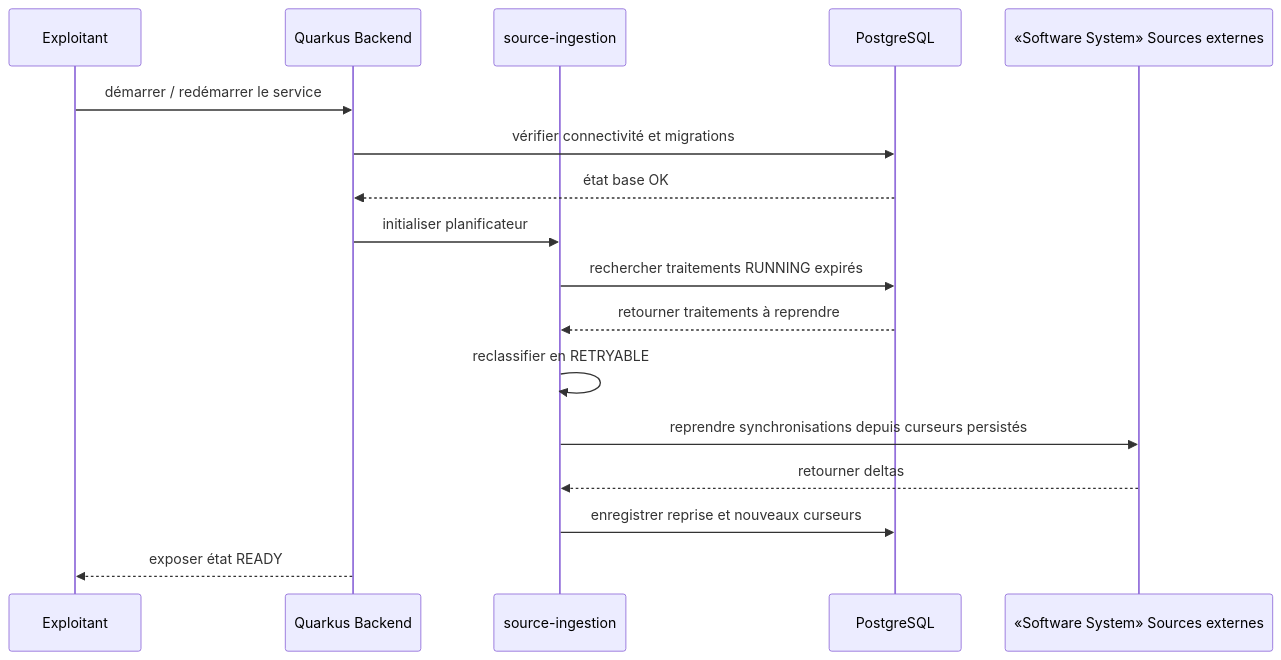
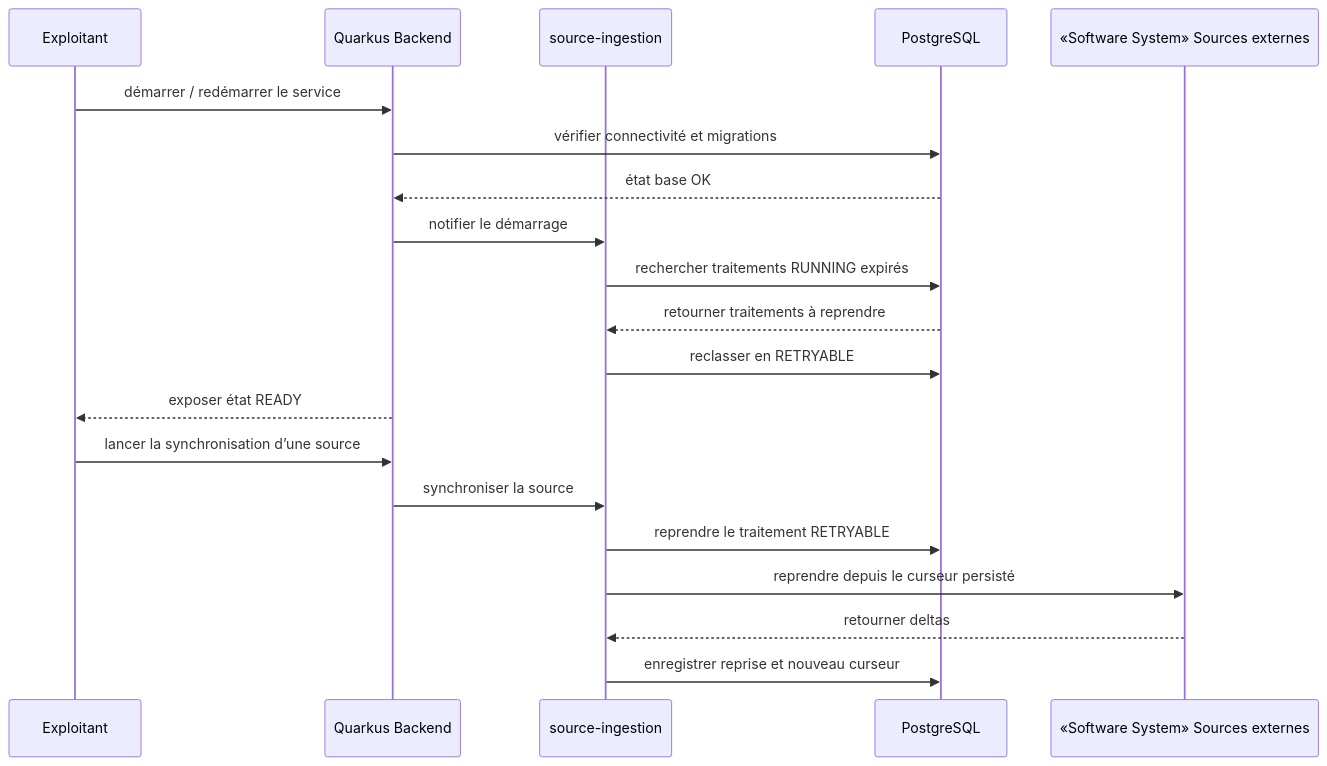
The sixth of 7 diagrams in docs/architecture/arc42/06-vue-execution.md (FTurleque/argos-tech-platform), drawn with Mermaid before and after one commit. The commit also changed other lines of this file and 14 other files, not shown here.

````diff
--- a/docs/architecture/arc42/06-vue-execution.md
+++ b/docs/architecture/arc42/06-vue-execution.md
@@ -201,20 +204,23 @@
 ```mermaid
 sequenceDiagram
     participant Ops as Exploitant
     participant Back as Quarkus Backend
     participant Ingestion as source-ingestion
     participant Persist as PostgreSQL
     participant Ext as «Software System» Sources externes
 
     Ops->>Back: démarrer / redémarrer le service
     Back->>Persist: vérifier connectivité et migrations
     Persist-->>Back: état base OK
-    Back->>Ingestion: initialiser planificateur
+    Back->>Ingestion: notifier le démarrage
     Ingestion->>Persist: rechercher traitements RUNNING expirés
     Persist-->>Ingestion: retourner traitements à reprendre
-    Ingestion->>Ingestion: reclassifier en RETRYABLE
-    Ingestion->>Ext: reprendre synchronisations depuis curseurs persistés
+    Ingestion->>Persist: reclasser en RETRYABLE
+    Back-->>Ops: exposer état READY
+    Ops->>Back: lancer la synchronisation d’une source
+    Back->>Ingestion: synchroniser la source
+    Ingestion->>Persist: reprendre le traitement RETRYABLE
+    Ingestion->>Ext: reprendre depuis le curseur persisté
     Ext-->>Ingestion: retourner deltas
-    Ingestion->>Persist: enregistrer reprise et nouveaux curseurs
-    Back-->>Ops: exposer état READY
+    Ingestion->>Persist: enregistrer reprise et nouveau curseur
 ```
````
